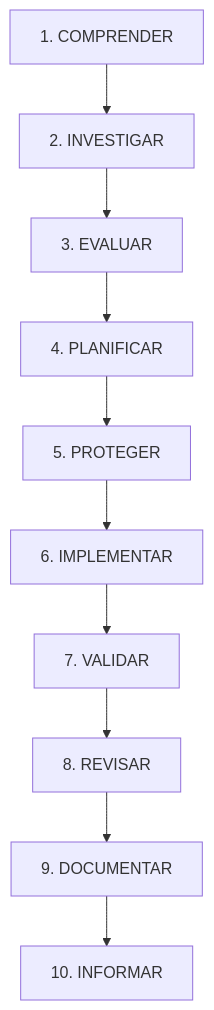
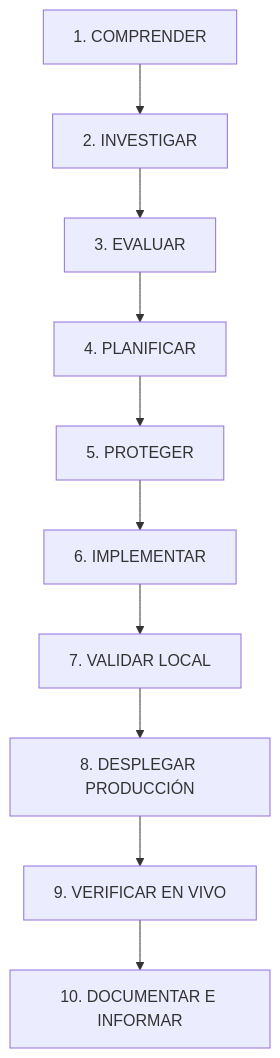
The diagram in skills/professional-engineering-workflow/SKILL.md (Nario19/gestion-almuerzos), drawn with Mermaid before and after one commit. The commit also changed other lines of this file and 3 other files, not shown here.

````diff
--- a/skills/professional-engineering-workflow/SKILL.md
+++ b/skills/professional-engineering-workflow/SKILL.md
@@ -15,12 +15,12 @@
 ```mermaid
 flowchart TD
     P1[1. COMPRENDER] --> P2[2. INVESTIGAR]
     P2 --> P3[3. EVALUAR]
     P3 --> P4[4. PLANIFICAR]
     P4 --> P5[5. PROTEGER]
     P5 --> P6[6. IMPLEMENTAR]
-    P6 --> P7[7. VALIDAR]
-    P7 --> P8[8. REVISAR]
-    P8 --> P9[9. DOCUMENTAR]
-    P9 --> P10[10. INFORMAR]
+    P6 --> P7[7. VALIDAR LOCAL]
+    P7 --> P8[8. DESPLEGAR PRODUCCIÓN]
+    P8 --> P9[9. VERIFICAR EN VIVO]
+    P9 --> P10[10. DOCUMENTAR E INFORMAR]
 ```
````
